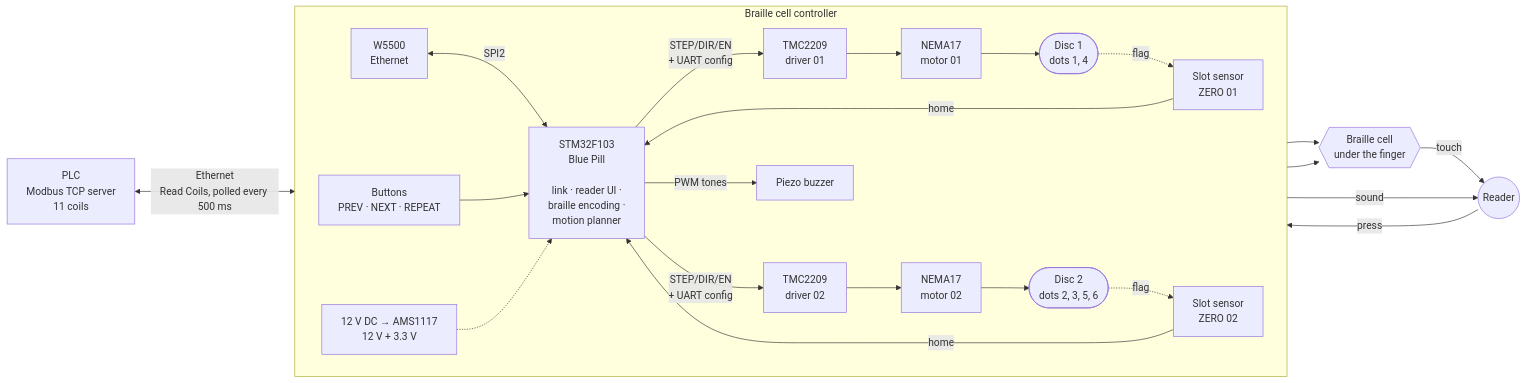
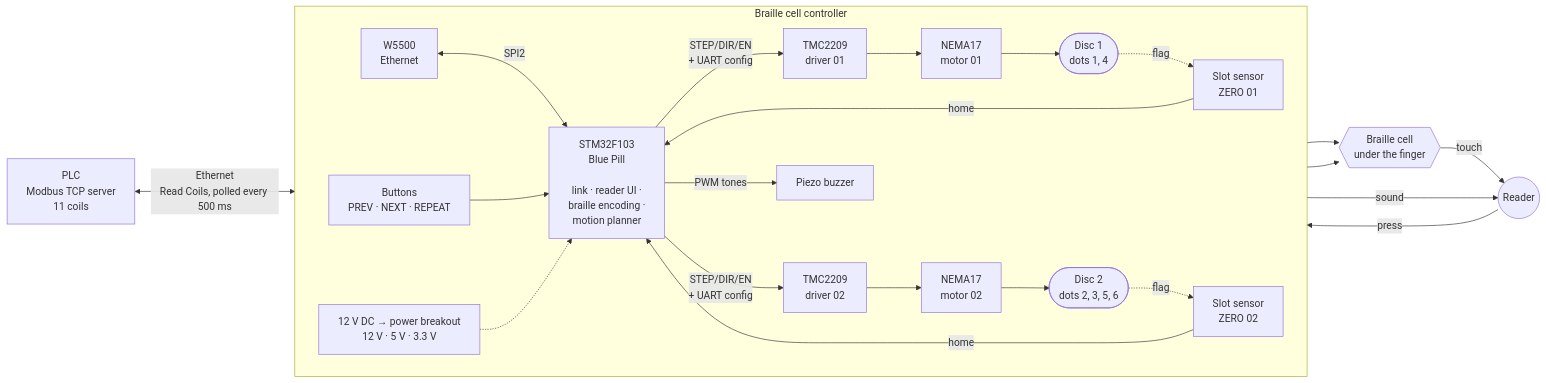
Before and after one commit to alexbatista/single-cell-braille-controller: the diagram in README.md, drawn with Mermaid. The commit also changed other lines of this file and 2 other files, not shown here.

First line of the commit message:
docs: drive the buzzer through a BC368 from 5 V and use BTT TMC2209 pin names in the wiring diagram

````diff
--- a/README.md
+++ b/README.md
@@ -130,37 +130,37 @@
 ```mermaid
 flowchart LR
     PLC["PLC<br/>Modbus TCP server<br/>11 coils"]
     subgraph device["Braille cell controller"]
         direction LR
         ETH["W5500<br/>Ethernet"]
         MCU["STM32F103<br/>Blue Pill<br/><br/>link · reader UI ·<br/>braille encoding ·<br/>motion planner"]
         DRV1["TMC2209<br/>driver 01"]
         DRV2["TMC2209<br/>driver 02"]
         M1["NEMA17<br/>motor 01"]
         M2["NEMA17<br/>motor 02"]
         D1(["Disc 1<br/>dots 1, 4"])
         D2(["Disc 2<br/>dots 2, 3, 5, 6"])
         Z1["Slot sensor<br/>ZERO 01"]
         Z2["Slot sensor<br/>ZERO 02"]
         BTN["Buttons<br/>PREV · NEXT · REPEAT"]
         BUZ["Piezo buzzer"]
-        PWR["12 V DC → AMS1117<br/>12 V + 3.3 V"]
+        PWR["12 V DC → power breakout<br/>12 V · 5 V · 3.3 V"]
     end
     CELL{{"Braille cell<br/>under the finger"}}
     USER(("Reader"))
 
     PLC <-->|"Ethernet<br/>Read Coils, polled every 500 ms"| ETH
     ETH <-->|SPI2| MCU
     MCU -->|"STEP/DIR/EN<br/>+ UART config"| DRV1
     MCU -->|"STEP/DIR/EN<br/>+ UART config"| DRV2
     DRV1 --> M1 --> D1
     DRV2 --> M2 --> D2
     D1 -.->|flag| Z1 -->|home| MCU
     D2 -.->|flag| Z2 -->|home| MCU
     D1 --> CELL
     D2 --> CELL
     CELL -->|touch| USER
     USER -->|press| BTN --> MCU
     MCU -->|PWM tones| BUZ -->|sound| USER
     PWR -.-> MCU
 ```
````
